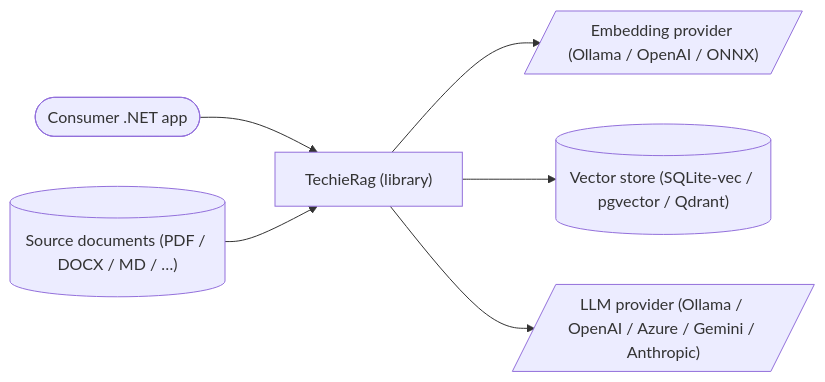
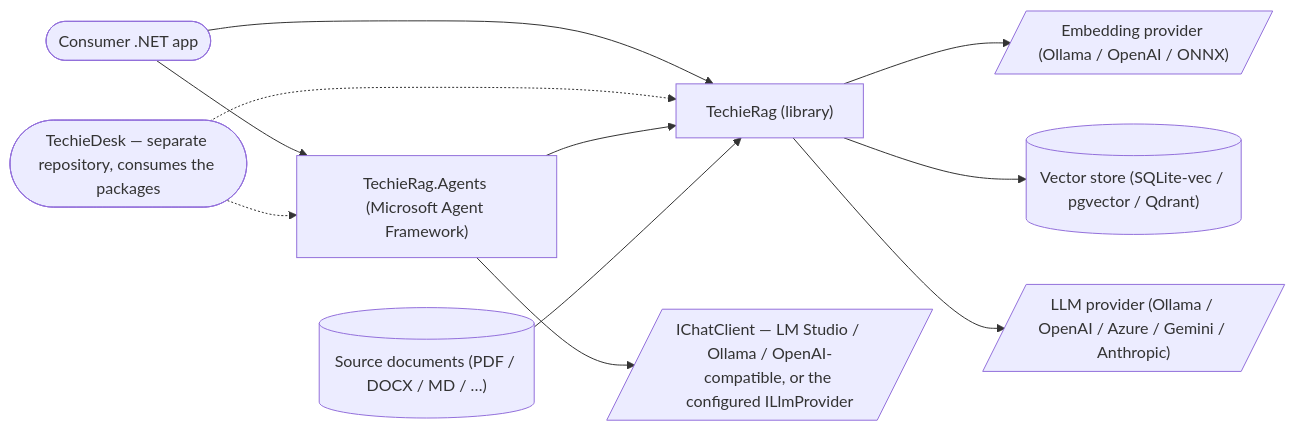
The first of 11 diagrams in docs/TechieRag-BRD.md (techierathore/TechieRag), drawn with Mermaid before and after one commit. The commit also changed other lines of this file and 15 other files, not shown here.

````diff
--- a/docs/TechieRag-BRD.md
+++ b/docs/TechieRag-BRD.md
@@ -124,8 +134,13 @@
 ```mermaid
 flowchart LR
   Dev(["Consumer .NET app"]) --> TR["TechieRag (library)"]
+  Dev --> AG["TechieRag.Agents (Microsoft Agent Framework)"]
+  Desk(["TechieDesk — separate repository, consumes the packages"]) -.-> TR
+  Desk -.-> AG
+  AG --> TR
+  AG --> MAF[/"IChatClient — LM Studio / Ollama / OpenAI-compatible, or the configured ILlmProvider"/]
   TR --> Emb[/"Embedding provider (Ollama / OpenAI / ONNX)"/]
   TR --> Vec[("Vector store (SQLite-vec / pgvector / Qdrant)")]
   TR --> Llm[/"LLM provider (Ollama / OpenAI / Azure / Gemini / Anthropic)"/]
   Docs[("Source documents (PDF / DOCX / MD / …)")] --> TR
 ```
````
